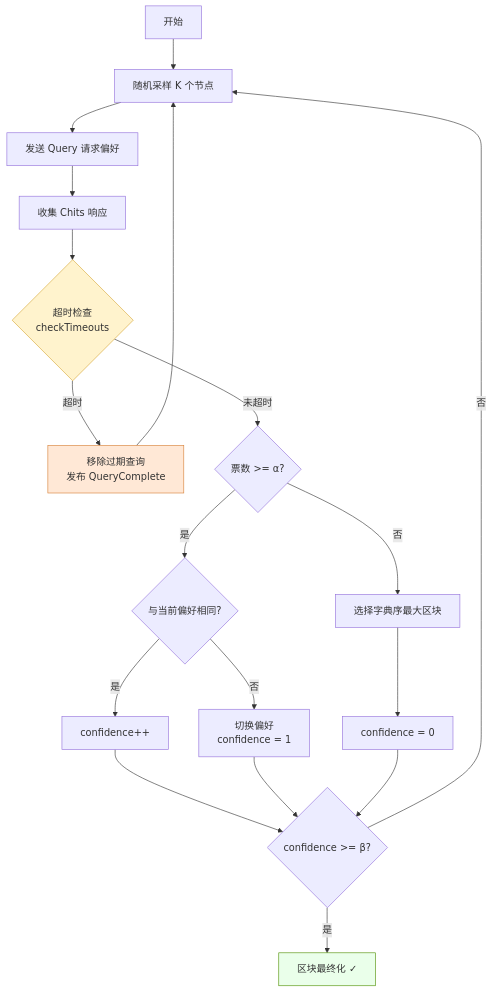
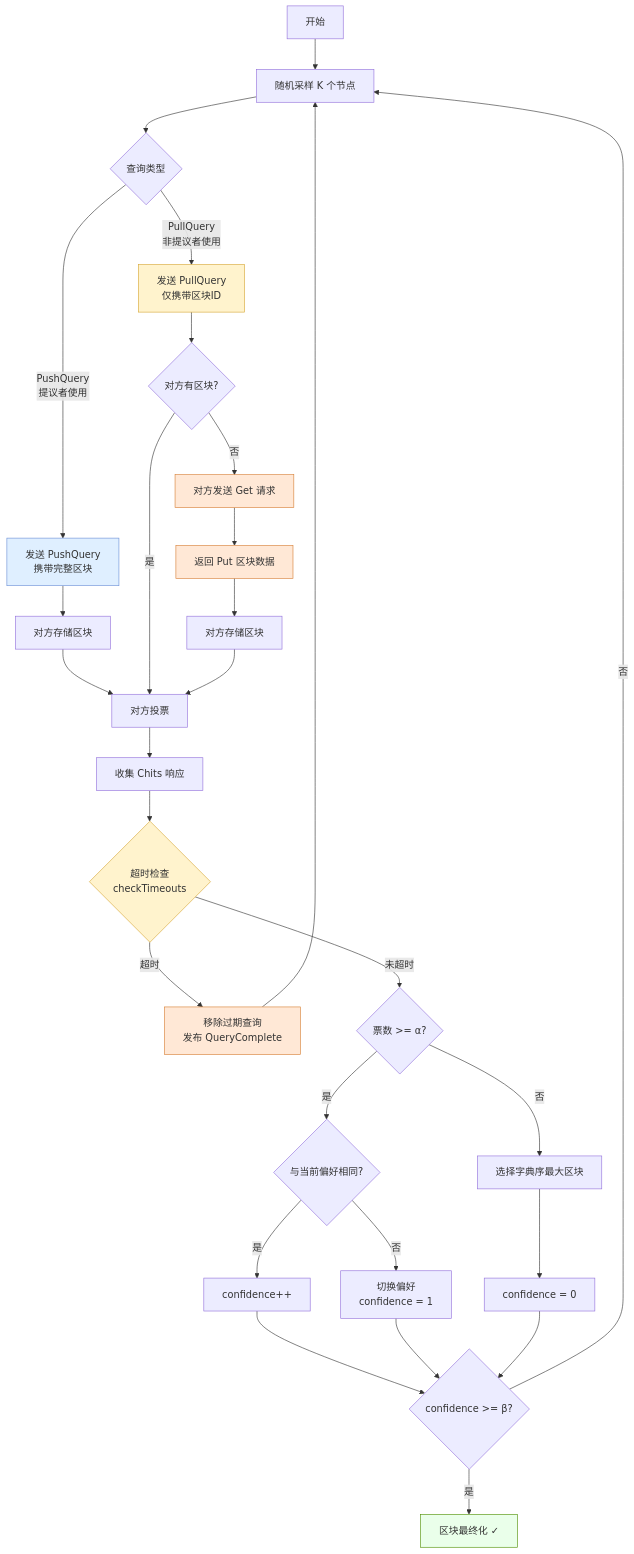
The third of 15 diagrams in consensus/design.md (davidLeeeeeeeeeeee/dex), drawn with Mermaid before and after one commit. The commit also changed other lines of this file and 6 other files, not shown here.

````diff
--- a/consensus/design.md
+++ b/consensus/design.md
@@ -85,30 +85,48 @@
 ```mermaid
 flowchart TD
     START[开始] --> SAMPLE[随机采样 K 个节点]
-    SAMPLE --> QUERY[发送 Query 请求偏好]
-    QUERY --> COLLECT[收集 Chits 响应]
+    SAMPLE --> TYPE{查询类型}
+
+    TYPE -->|PushQuery<br>提议者使用| PUSH[发送 PushQuery<br>携带完整区块]
+    TYPE -->|PullQuery<br>非提议者使用| PULL[发送 PullQuery<br>仅携带区块ID]
+
+    PUSH --> PEER_STORE[对方存储区块]
+    PEER_STORE --> PEER_VOTE[对方投票]
+
+    PULL --> PEER_CHECK{对方有区块?}
+    PEER_CHECK -->|是| PEER_VOTE
+    PEER_CHECK -->|否| PEER_GET[对方发送 Get 请求]
+    PEER_GET --> SEND_PUT[返回 Put 区块数据]
+    SEND_PUT --> PEER_STORE2[对方存储区块]
+    PEER_STORE2 --> PEER_VOTE
+
+    PEER_VOTE --> COLLECT[收集 Chits 响应]
 
     COLLECT --> TIMEOUT{超时检查<br>checkTimeouts}
     TIMEOUT -->|超时| EXPIRE[移除过期查询<br>发布 QueryComplete]
     TIMEOUT -->|未超时| CHECK{票数 >= α?}
     EXPIRE --> SAMPLE
 
     CHECK -->|是| SAME{与当前偏好相同?}
     CHECK -->|否| FALLBACK[选择字典序最大区块]
 
     SAME -->|是| INCR[confidence++]
     SAME -->|否| SWITCH[切换偏好<br>confidence = 1]
 
     FALLBACK --> RESET[confidence = 0]
 
     INCR --> FINAL{confidence >= β?}
     SWITCH --> FINAL
     RESET --> FINAL
 
     FINAL -->|是| FINALIZE[区块最终化 ✓]
     FINAL -->|否| SAMPLE
 
+    style PUSH fill:#dfefff,stroke:#6b8fd6
+    style PULL fill:#fff3cd,stroke:#d6a735
+    style PEER_GET fill:#ffe8d6,stroke:#d67f35
+    style SEND_PUT fill:#ffe8d6,stroke:#d67f35
     style FINALIZE fill:#eaffea,stroke:#4f8f00
     style TIMEOUT fill:#fff3cd,stroke:#d6a735
     style EXPIRE fill:#ffe8d6,stroke:#d67f35
 ```
````
